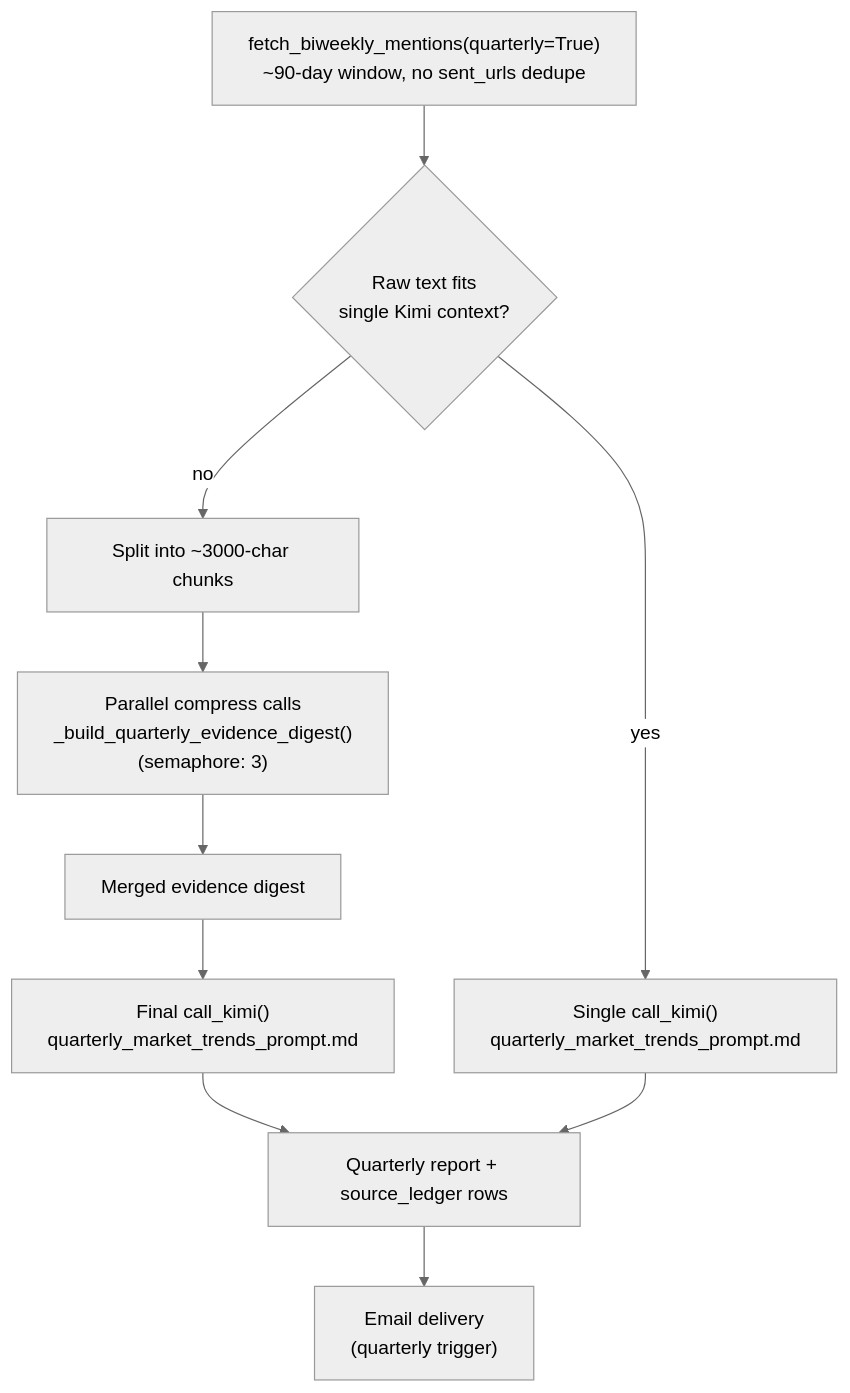
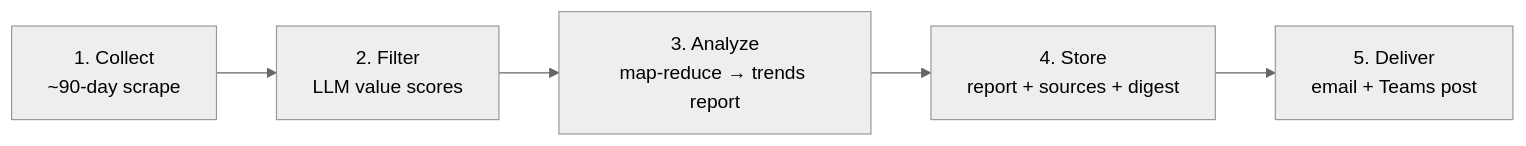
Before and after one commit to craigdeng-cpu/interac-sentiment-bot: the third of 4 diagrams in ARCHITECTURE_FLOW.md, drawn with Mermaid (neutral theme). The commit also changed other lines of this file, not shown here.

First line of the commit message:
Refocus architecture doc on target state with clearer workflows.

````diff
--- a/ARCHITECTURE_FLOW.md
+++ b/ARCHITECTURE_FLOW.md
@@ -234,15 +145,7 @@
 ```mermaid
-flowchart TB
-    FQ["fetch_biweekly_mentions(quarterly=True)<br/>~90-day window, no sent_urls dedupe"]
-    FQ --> FIT{"Raw text fits<br/>single Kimi context?"}
-
-    FIT -->|yes| SINGLE["Single call_kimi()<br/>quarterly_market_trends_prompt.md"]
-    FIT -->|no| MAP["Split into ~3000-char chunks"]
-    MAP --> COMPRESS["Parallel compress calls<br/>_build_quarterly_evidence_digest()<br/>(semaphore: 3)"]
-    COMPRESS --> DIGEST["Merged evidence digest"]
-    DIGEST --> REDUCE["Final call_kimi()<br/>quarterly_market_trends_prompt.md"]
-    REDUCE --> OUT
-
-    SINGLE --> OUT["Quarterly report + source_ledger rows"]
-    OUT --> EMAIL_Q["Email delivery<br/>(quarterly trigger)"]
+flowchart LR
+    A["1. Collect<br/>~90-day scrape"] --> B["2. Filter<br/>LLM value scores"]
+    B --> C["3. Analyze<br/>map-reduce → trends report"]
+    C --> D["4. Store<br/>report + sources + digest"]
+    D --> E["5. Deliver<br/>email + Teams post"]
 ```
````
